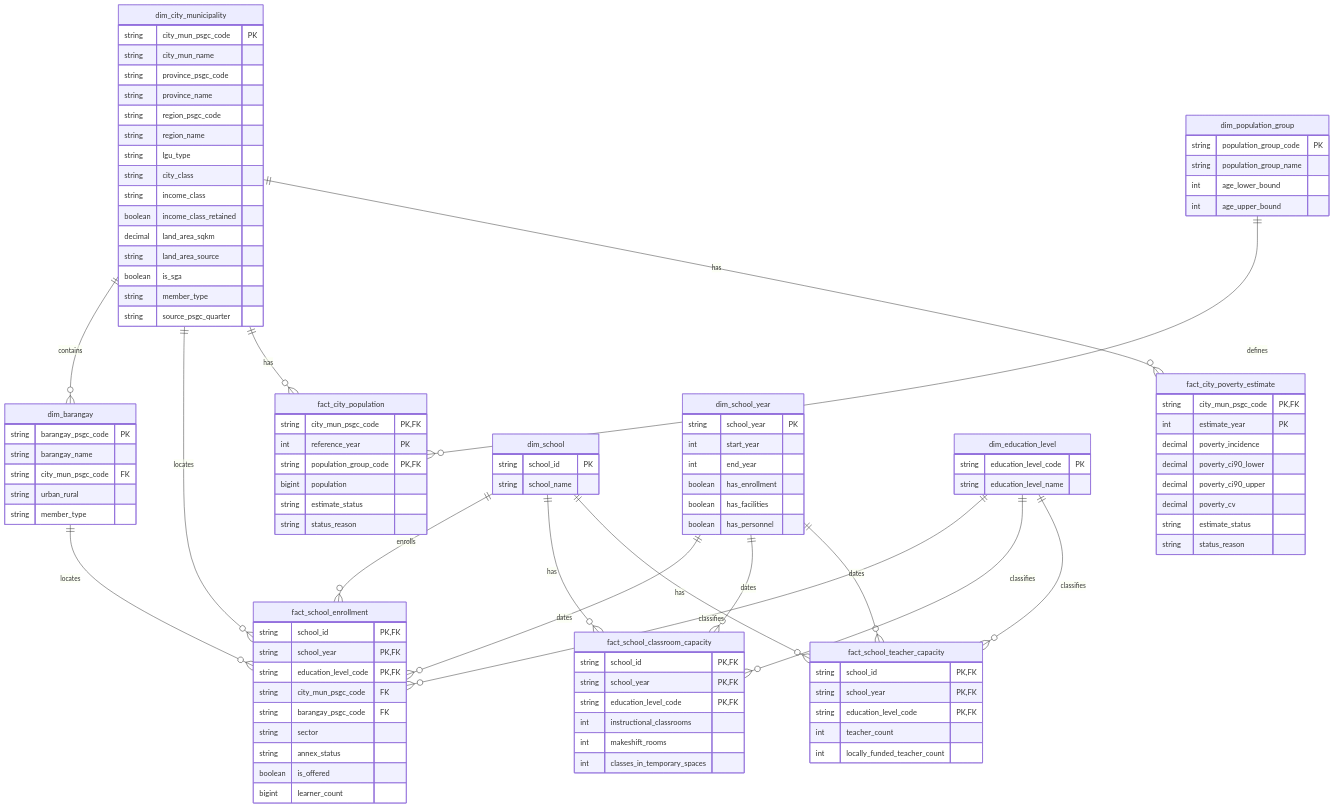
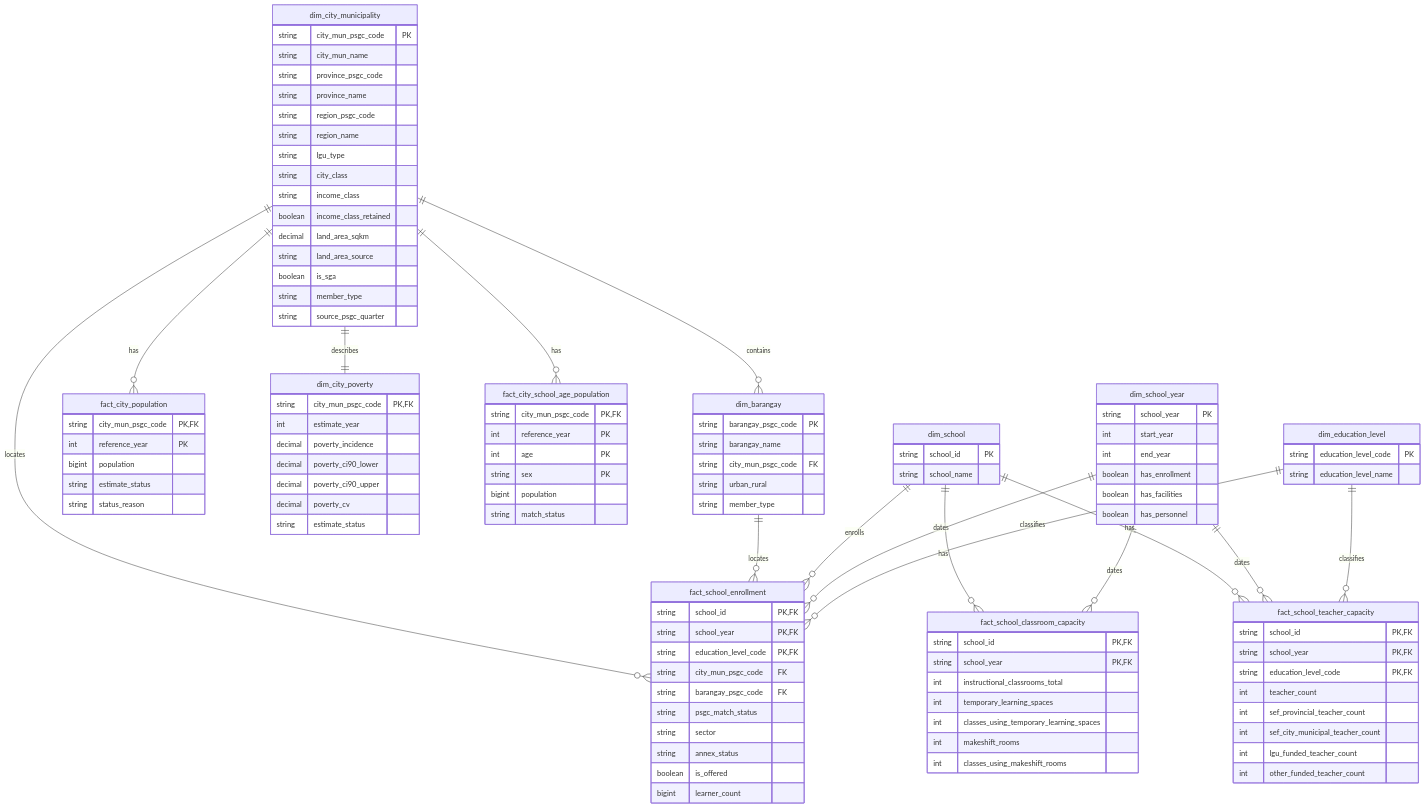
One commit to reached-hq/edu-access-intelligence changed the diagram in docs/architecture/data-model.md. Above: the diagram before and after it, drawn with Mermaid. The commit also changed other lines of this file and 2 other files, not shown here.

````diff
--- a/docs/architecture/data-model.md
+++ b/docs/architecture/data-model.md
@@ -257,7 +275,8 @@
   dim_city_municipality ||--o{ dim_barangay : contains
   dim_city_municipality ||--o{ fact_school_enrollment : locates
   dim_city_municipality ||--o{ fact_city_population : has
-  dim_city_municipality ||--o{ fact_city_poverty_estimate : has
+  dim_city_municipality ||--|| dim_city_poverty : describes
+  dim_city_municipality ||--o{ fact_city_school_age_population : has
   dim_barangay ||--o{ fact_school_enrollment : locates
   dim_school ||--o{ fact_school_enrollment : enrolls
   dim_school ||--o{ fact_school_classroom_capacity : has
@@ -266,9 +285,7 @@
   dim_school_year ||--o{ fact_school_classroom_capacity : dates
   dim_school_year ||--o{ fact_school_teacher_capacity : dates
   dim_education_level ||--o{ fact_school_enrollment : classifies
-  dim_education_level ||--o{ fact_school_classroom_capacity : classifies
   dim_education_level ||--o{ fact_school_teacher_capacity : classifies
-  dim_population_group ||--o{ fact_city_population : defines
 
   dim_city_municipality {
     string city_mun_psgc_code PK
@@ -310,11 +327,14 @@
     string education_level_code PK
     string education_level_name
   }
-  dim_population_group {
-    string population_group_code PK
-    string population_group_name
-    int age_lower_bound
-    int age_upper_bound
+  dim_city_poverty {
+    string city_mun_psgc_code PK,FK
+    int estimate_year
+    decimal poverty_incidence
+    decimal poverty_ci90_lower
+    decimal poverty_ci90_upper
+    decimal poverty_cv
+    string estimate_status
   }
   fact_school_enrollment {
     string school_id PK,FK
@@ -322,6 +342,7 @@
     string education_level_code PK,FK
     string city_mun_psgc_code FK
     string barangay_psgc_code FK
+    string psgc_match_status
     string sector
     string annex_status
     boolean is_offered
@@ -330,34 +351,35 @@
   fact_school_classroom_capacity {
     string school_id PK,FK
     string school_year PK,FK
-    string education_level_code PK,FK
-    int instructional_classrooms
+    int instructional_classrooms_total
+    int temporary_learning_spaces
+    int classes_using_temporary_learning_spaces
     int makeshift_rooms
-    int classes_in_temporary_spaces
+    int classes_using_makeshift_rooms
   }
   fact_school_teacher_capacity {
     string school_id PK,FK
     string school_year PK,FK
     string education_level_code PK,FK
     int teacher_count
-    int locally_funded_teacher_count
+    int sef_provincial_teacher_count
+    int sef_city_municipal_teacher_count
+    int lgu_funded_teacher_count
+    int other_funded_teacher_count
   }
   fact_city_population {
     string city_mun_psgc_code PK,FK
     int reference_year PK
-    string population_group_code PK,FK
     bigint population
     string estimate_status
     string status_reason
   }
-  fact_city_poverty_estimate {
+  fact_city_school_age_population {
     string city_mun_psgc_code PK,FK
-    int estimate_year PK
-    decimal poverty_incidence
-    decimal poverty_ci90_lower
-    decimal poverty_ci90_upper
-    decimal poverty_cv
-    string estimate_status
-    string status_reason
+    int reference_year PK
+    int age PK
+    string sex PK
+    bigint population
+    string match_status
   }
 ```
````
